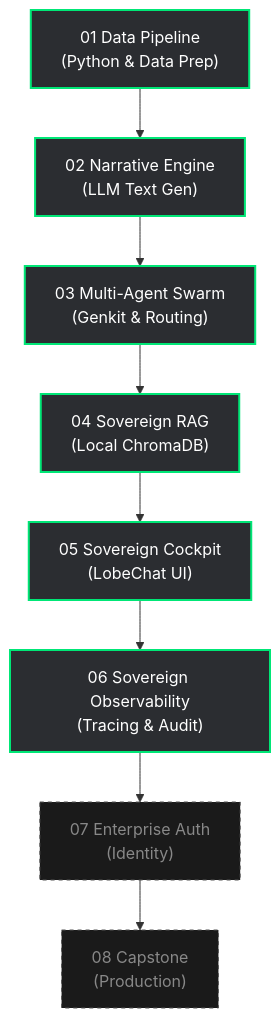
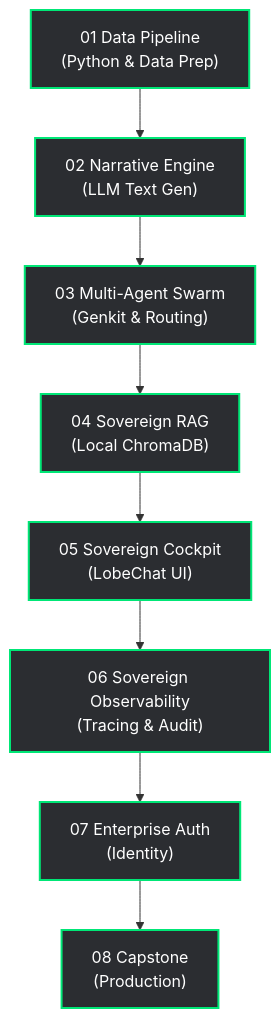
The diagram in README.md (teachme-ai/learning-velocity-sovereign), drawn with Mermaid before and after one commit. The commit also changed other lines of this file and 452 other files, not shown here.

First line of the commit message:
Plan 06 complete: model routing, build cache, two-pass build, manifest schema

````diff
--- a/README.md
+++ b/README.md
@@ -13,15 +13,15 @@
 ```mermaid
 flowchart TD
     %% Styling
     classDef default fill:#1E1E1E,stroke:#4A90E2,stroke-width:2px,color:#FFFFFF,font-family:Inter;
     classDef active fill:#2b2d31,stroke:#00E676,stroke-width:2px,color:#FFFFFF;
     classDef future fill:#1A1A1A,stroke:#555555,stroke-width:1px,color:#888888,stroke-dasharray: 4 4;
     
     A["01 Data Pipeline<br>(Python & Data Prep)"]:::active --> B["02 Narrative Engine<br>(LLM Text Gen)"]:::active
     B --> C["03 Multi-Agent Swarm<br>(Genkit & Routing)"]:::active
     C --> D["04 Sovereign RAG<br>(Local ChromaDB)"]:::active
     D --> E["05 Sovereign Cockpit<br>(LobeChat UI)"]:::active
     E --> F["06 Sovereign Observability<br>(Tracing & Audit)"]:::active
-    F --> G["07 Enterprise Auth<br>(Identity)"]:::future
-    G --> H["08 Capstone<br>(Production)"]:::future
+    F --> G["07 Enterprise Auth<br>(Identity)"]:::active
+    G --> H["08 Capstone<br>(Production)"]:::active
 ```
````
